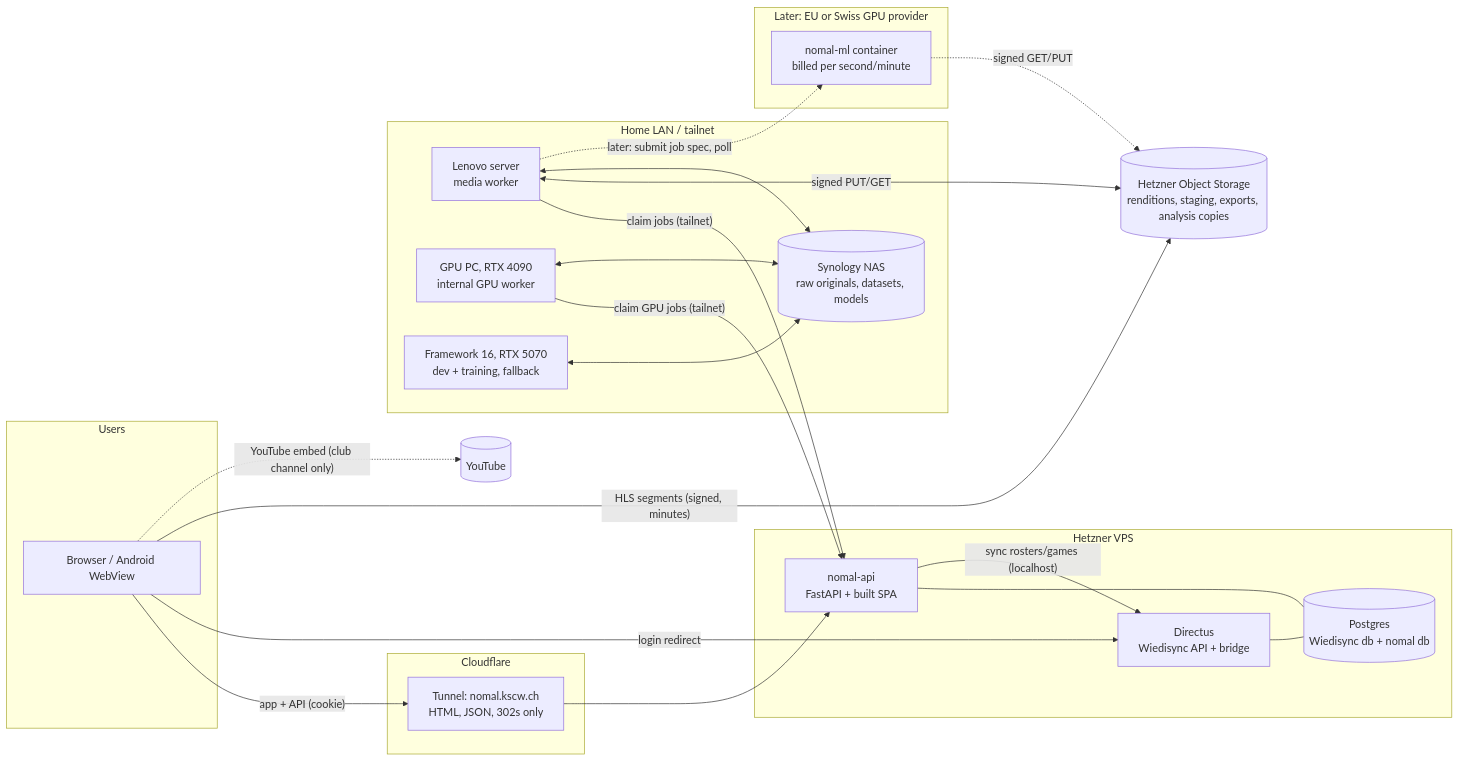
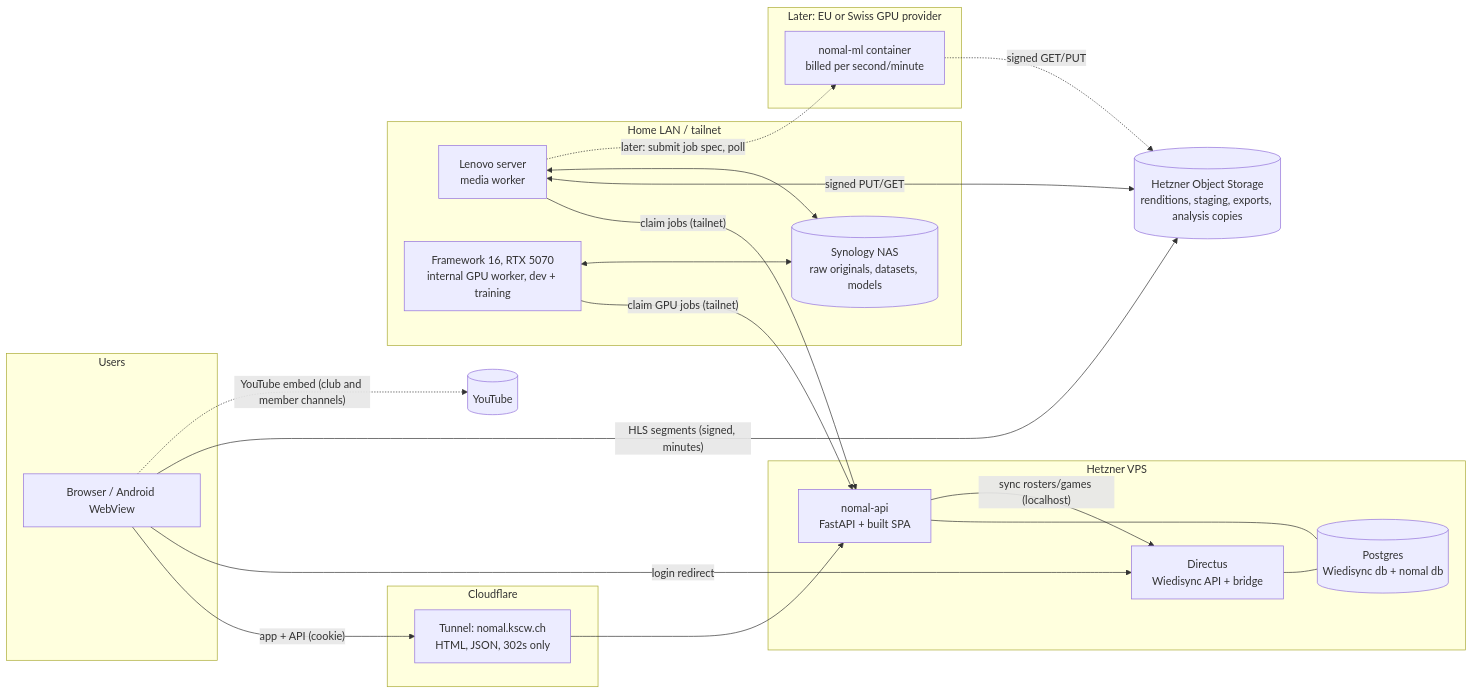
Before and after one commit to KSC-Wiedikon/wieplay: the first of 4 diagrams in docs/PLAN.md, drawn with Mermaid. The commit also changed other lines of this file and 24 other files, not shown here.

````diff
--- a/docs/PLAN.md
+++ b/docs/PLAN.md
@@ -109,45 +111,43 @@
 ```mermaid
 flowchart LR
   subgraph Users
     B[Browser / Android WebView]
   end
 
   subgraph CF[Cloudflare]
     T[Tunnel: nomal.kscw.ch<br/>HTML, JSON, 302s only]
   end
 
   subgraph H[Hetzner VPS]
     API[nomal-api<br/>FastAPI + built SPA]
     DX[Directus<br/>Wiedisync API + bridge]
     PG[(Postgres<br/>Wiedisync db + nomal db)]
   end
 
   OS[(Hetzner Object Storage<br/>renditions, staging, exports, analysis copies)]
 
   subgraph Home[Home LAN / tailnet]
     LS[Lenovo server<br/>media worker]
-    GP[GPU PC, RTX 4090<br/>internal GPU worker]
+    FW[Framework 16, RTX 5070<br/>internal GPU worker, dev + training]
     NAS[(Synology NAS<br/>raw originals, datasets, models)]
-    FW[Framework 16, RTX 5070<br/>dev + training, fallback]
   end
 
   subgraph Later[Later: EU or Swiss GPU provider]
     ML[nomal-ml container<br/>billed per second/minute]
   end
 
   B -- "app + API (cookie)" --> T --> API
   B -- "login redirect" --> DX
   B -- "HLS segments (signed, minutes)" --> OS
-  B -. "YouTube embed (club channel only)" .-> YT[(YouTube)]
+  B -. "YouTube embed (club and member channels)" .-> YT[(YouTube)]
   API --- PG
   DX --- PG
   API -- "sync rosters/games (localhost)" --> DX
   LS -- "claim jobs (tailnet)" --> API
-  GP -- "claim GPU jobs (tailnet)" --> API
+  FW -- "claim GPU jobs (tailnet)" --> API
   LS <-- "signed PUT/GET" --> OS
   LS <--> NAS
-  GP <--> NAS
   FW <--> NAS
   LS -. "later: submit job spec, poll" .-> ML
   ML -. "signed GET/PUT" .-> OS
 ```
````
